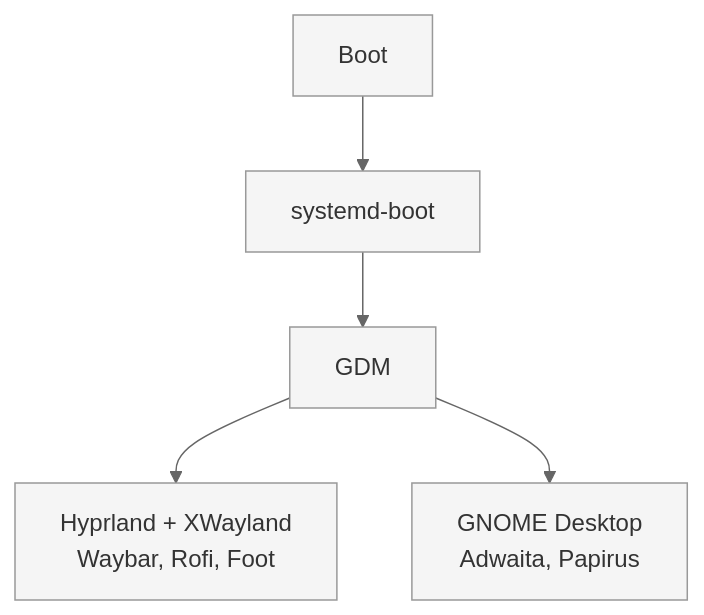
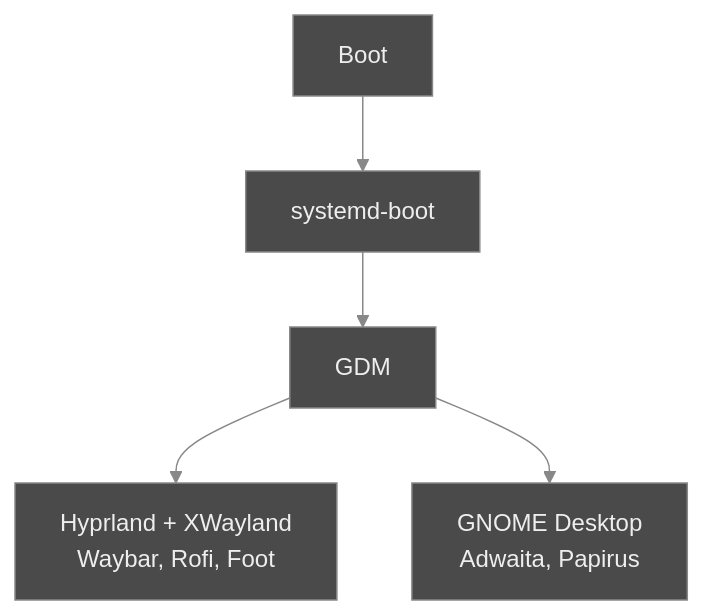
One commit to RomeoCavazza/nixos-config changed the third of 5 diagrams in docs/README.md. Above: the diagram before and after it, drawn with Mermaid. The commit also changed other lines of this file, not shown here.

First line of the commit message:
docs: Mermaid dark grey theme

````diff
--- a/docs/README.md
+++ b/docs/README.md
@@ -113,13 +113,13 @@
 ```mermaid
-%%{init: {'theme': 'base', 'themeVariables': { 'primaryColor': '#f5f5f5', 'secondaryColor': '#f5f5f5', 'tertiaryColor': '#f5f5f5', 'primaryBorderColor': '#999', 'lineColor': '#666' }}}%%
+%%{init: {'theme': 'base', 'themeVariables': { 'primaryColor': '#4a4a4a', 'secondaryColor': '#4a4a4a', 'tertiaryColor': '#4a4a4a', 'primaryBorderColor': '#888', 'lineColor': '#888', 'primaryTextColor': '#eee' }}}%%
 flowchart TB
   Boot[Boot]
   sb[systemd-boot]
   GDM[GDM]
   H[Hyprland + XWayland<br/>Waybar, Rofi, Foot]
   G[GNOME Desktop<br/>Adwaita, Papirus]
 
   Boot --> sb --> GDM
   GDM --> H
   GDM --> G
 ```
````
